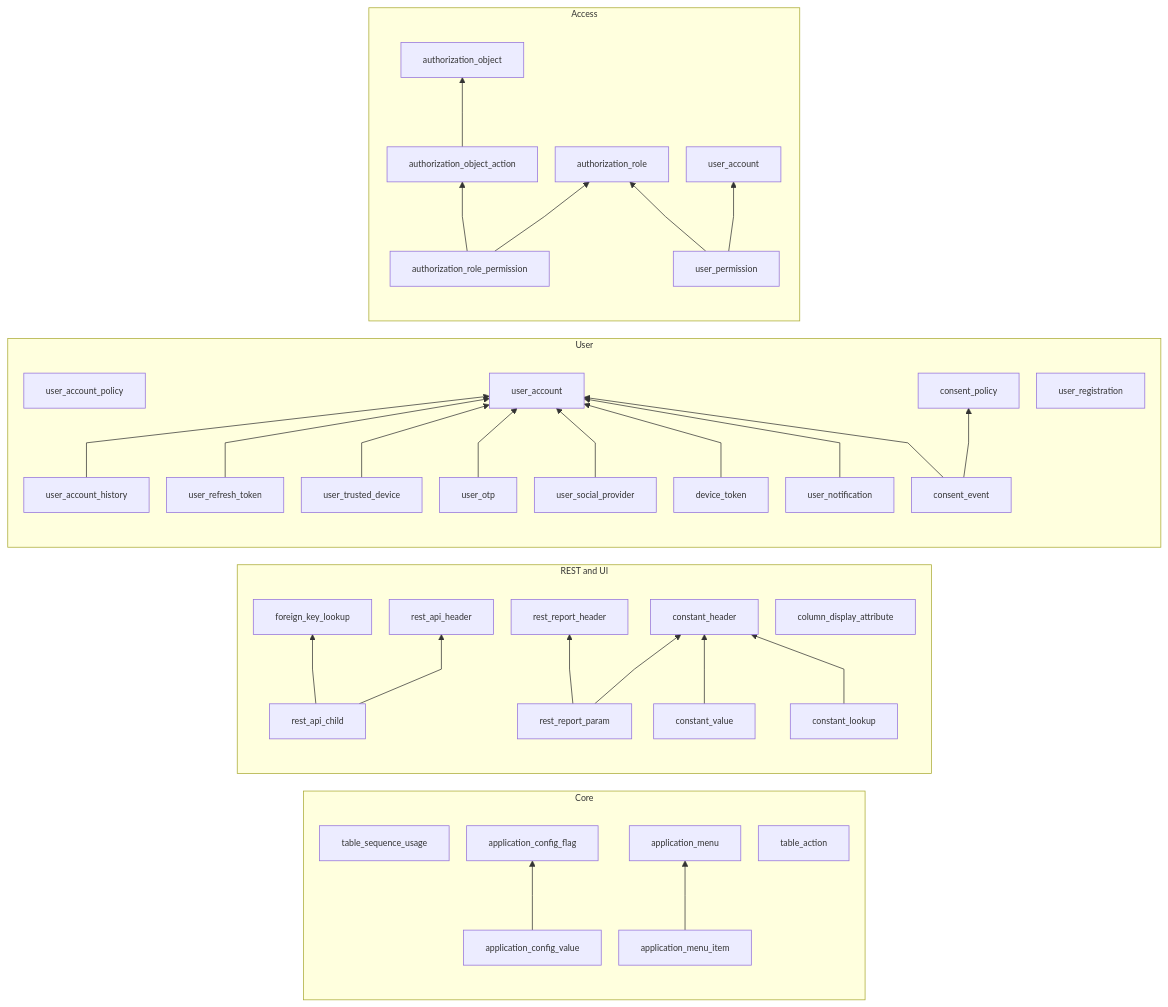
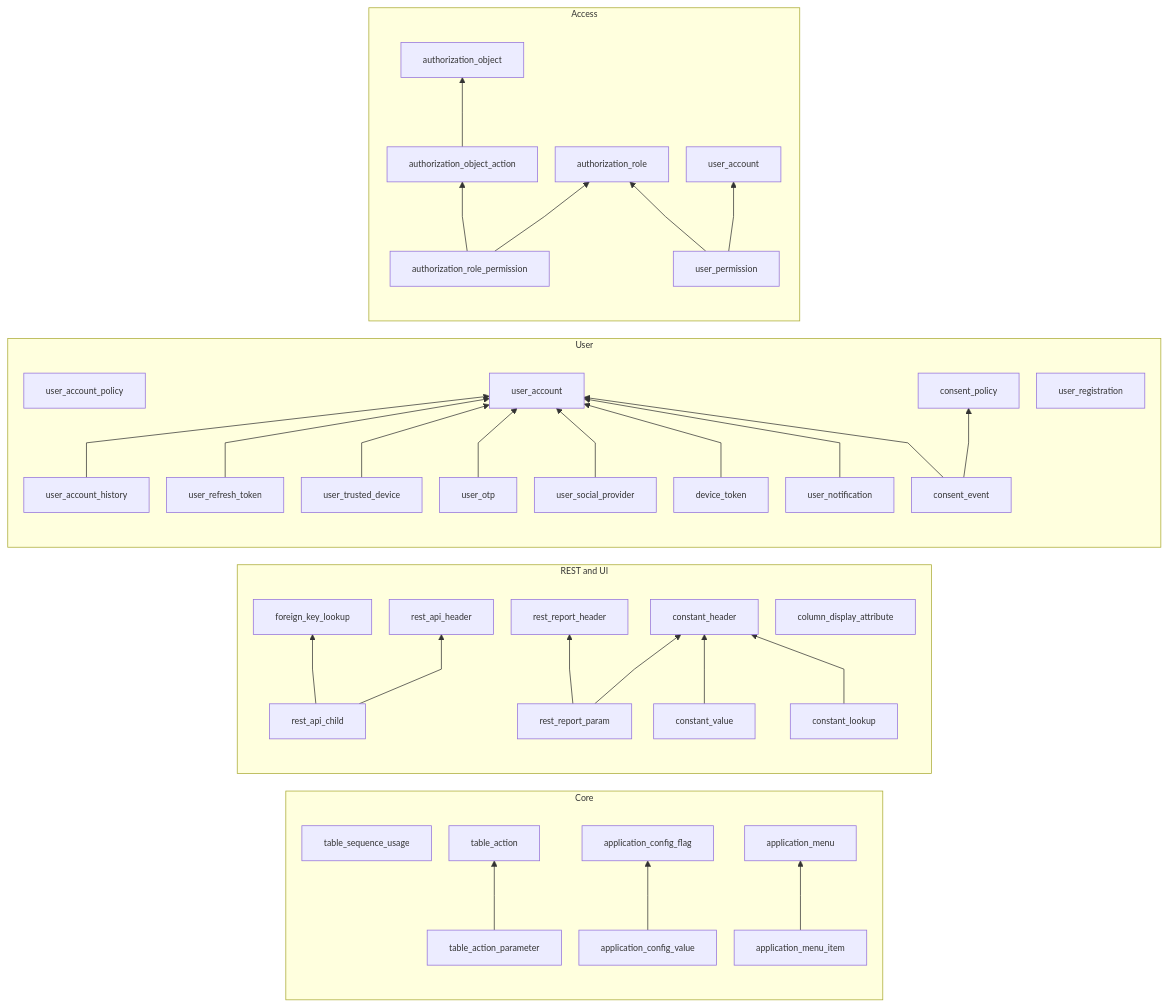
One commit to nauticana/keel changed the first of 20 diagrams in DB.md. Above: the diagram before and after it, drawn with Mermaid. The commit also changed other lines of this file and 20 other files, not shown here.

Commit message:
The Meta Graph API version is configurable; a resource can be retired behind a URL redirect; decimal - minor-unit conversion; table actions take parameters

````diff
--- a/DB.md
+++ b/DB.md
@@ -23,76 +23,78 @@
 ```mermaid
 %%{init: {"flowchart": {"curve": "linear", "nodeSpacing": 24, "rankSpacing": 70, "diagramPadding": 12}, "themeVariables": {"fontSize": "12px"}}}%%
 flowchart RL
     subgraph core["Core"]
         direction BT
         table_sequence_usage["table_sequence_usage"]
         table_action["table_action"]
+        table_action_parameter["table_action_parameter"]
         application_config_flag["application_config_flag"]
         application_config_value["application_config_value"]
         application_menu["application_menu"]
         application_menu_item["application_menu_item"]
     end
+    table_action_parameter --> table_action
     application_config_value --> application_config_flag
     application_menu_item --> application_menu
 
     subgraph rest["REST and UI"]
         direction BT
         constant_header["constant_header"]
         constant_value["constant_value"]
         constant_lookup["constant_lookup"]
         foreign_key_lookup["foreign_key_lookup"]
         rest_api_header["rest_api_header"]
         rest_api_child["rest_api_child"]
         rest_report_header["rest_report_header"]
         rest_report_param["rest_report_param"]
         column_display_attribute["column_display_attribute"]
     end
     rest_api_child --> foreign_key_lookup
     rest_api_child --> rest_api_header
     rest_report_param --> rest_report_header
     rest_report_param --> constant_header
     constant_value --> constant_header
     constant_lookup --> constant_header
 
     subgraph user["User"]
         direction BT
         user_account_policy
         user_account
         user_account_history
         user_registration
         user_refresh_token
         user_trusted_device
         user_otp
         user_social_provider
         device_token
         user_notification
         consent_policy
         consent_event
     end
 
     user_account_history --> user_account
     user_refresh_token --> user_account
     user_trusted_device --> user_account
     user_otp --> user_account
     user_social_provider --> user_account
     device_token --> user_account
     user_notification --> user_account
     consent_event --> consent_policy
     consent_event --> user_account
 
     subgraph access["Access"]
         direction BT
         authorization_object
         authorization_object_action
         authorization_role
         authorization_role_permission
         user_permission
         user_account2["user_account"]
     end
 
     authorization_object_action --> authorization_object
     authorization_role_permission --> authorization_role
     authorization_role_permission --> authorization_object_action
     user_permission --> user_account2
     user_permission --> authorization_role
 ```
````
